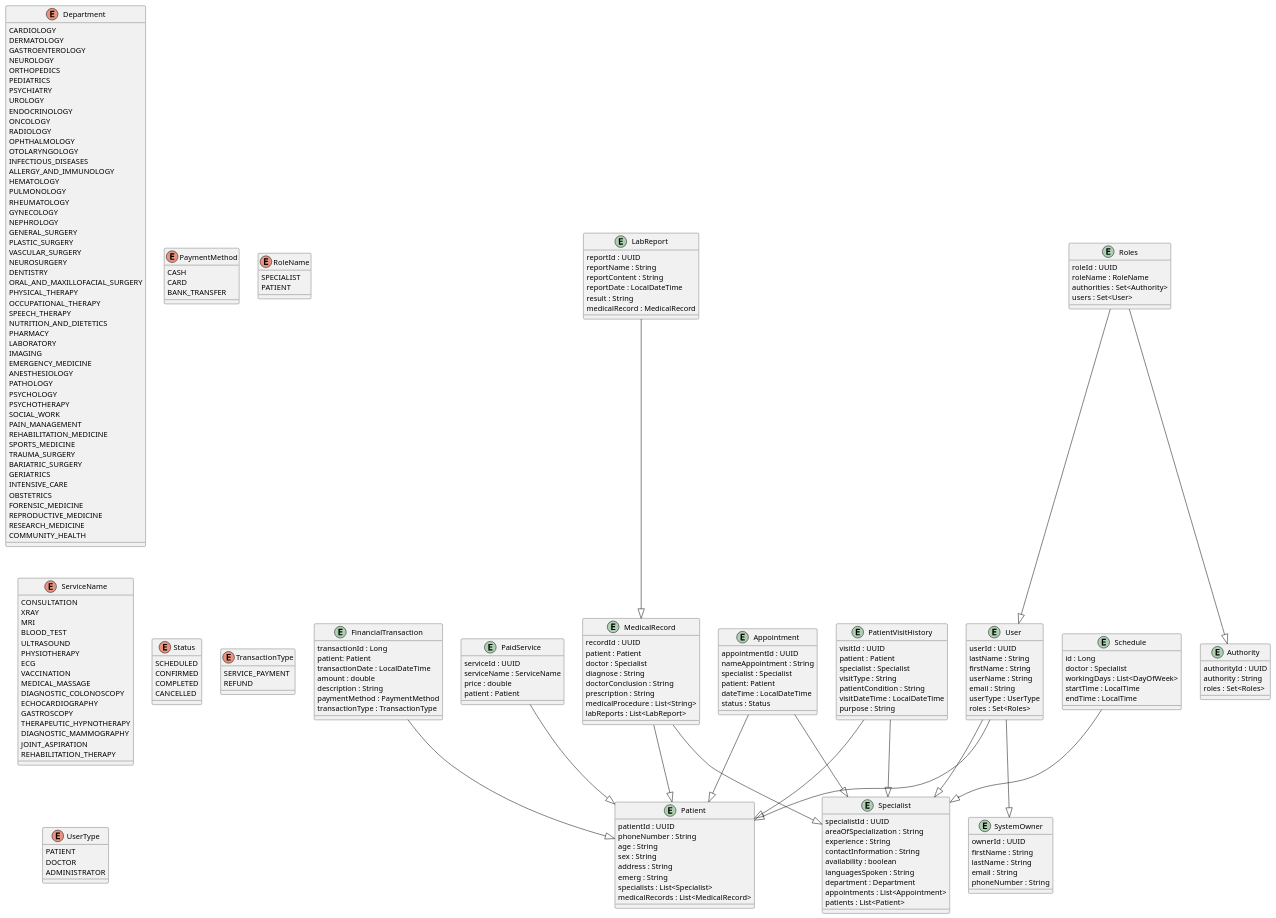
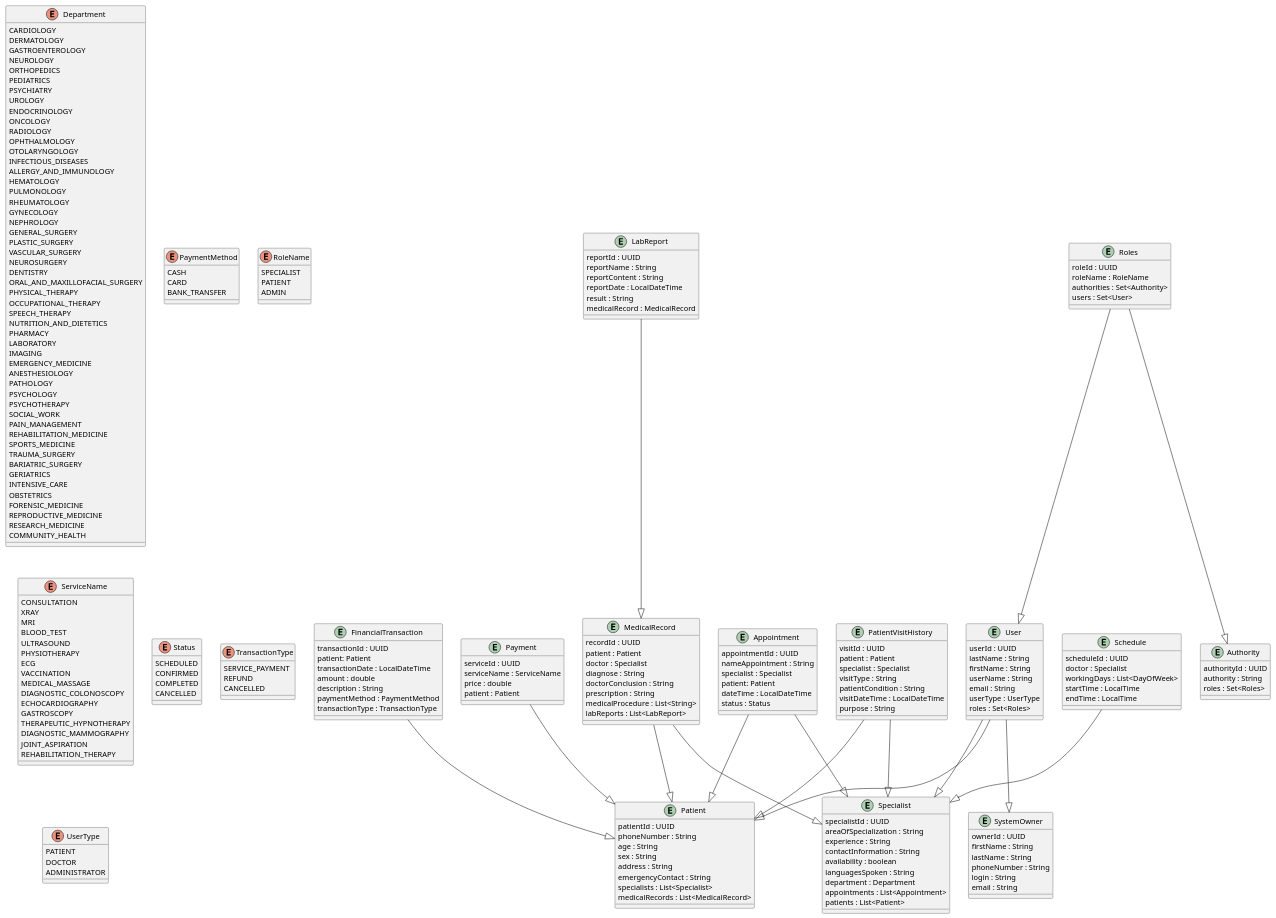
One commit to Natallia9/ClinicService changed the diagram in clinicservice.puml. Above: the diagram before and after it, drawn with PlantUML. The commit also changed 5 other files, not shown here.

Commit message:
Added updated project diagram and project description according to new requirements.

```diff
--- a/clinicservice.puml
+++ b/clinicservice.puml
@@ -63,6 +63,7 @@
 enum RoleName {
     SPECIALIST
     PATIENT
+    ADMIN
 }
 
 enum ServiceName {
@@ -94,6 +95,7 @@
 enum TransactionType {
     SERVICE_PAYMENT
     REFUND
+    CANCELLED
 }
 
 enum UserType {
@@ -118,7 +120,7 @@
 }
 
 entity FinancialTransaction {
-    transactionId : Long
+    transactionId : UUID
     patient: Patient
     transactionDate : LocalDateTime
     amount : double
@@ -147,7 +149,7 @@
     labReports : List<LabReport>
 }
 
-entity PaidService {
+entity Payment {
     serviceId : UUID
     serviceName : ServiceName
     price : double
@@ -160,7 +162,7 @@
     age : String
     sex : String
     address : String
-    emerg : String
+    emergencyContact : String
     specialists : List<Specialist>
     medicalRecords : List<MedicalRecord>
 }
@@ -173,7 +175,6 @@
     patientCondition : String
     visitDateTime : LocalDateTime
     purpose : String
-
 }
 
 entity Roles {
@@ -184,7 +185,7 @@
 }
 
 entity Schedule {
-    id : Long
+    scheduleId : UUID
     doctor : Specialist
     workingDays : List<DayOfWeek>
     startTime : LocalTime
@@ -207,8 +208,9 @@
     ownerId : UUID
     firstName : String
     lastName : String
+    phoneNumber : String
+    login : String
     email : String
-    phoneNumber : String
 }
 
 entity User {
@@ -230,7 +232,7 @@
 LabReport --|> MedicalRecord
 MedicalRecord --|> Patient
 MedicalRecord --|> Specialist
-PaidService --|> Patient
+Payment --|> Patient
 PatientVisitHistory --|> Patient
 PatientVisitHistory --|> Specialist
 Roles --|> Authority
```
